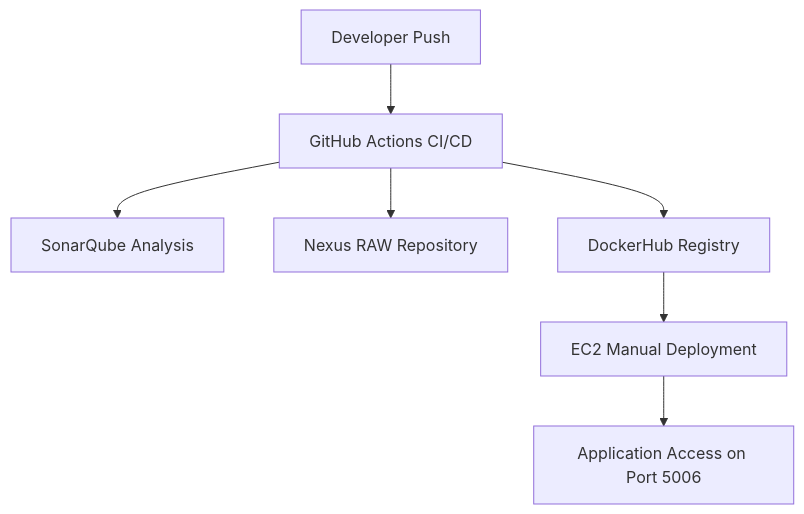
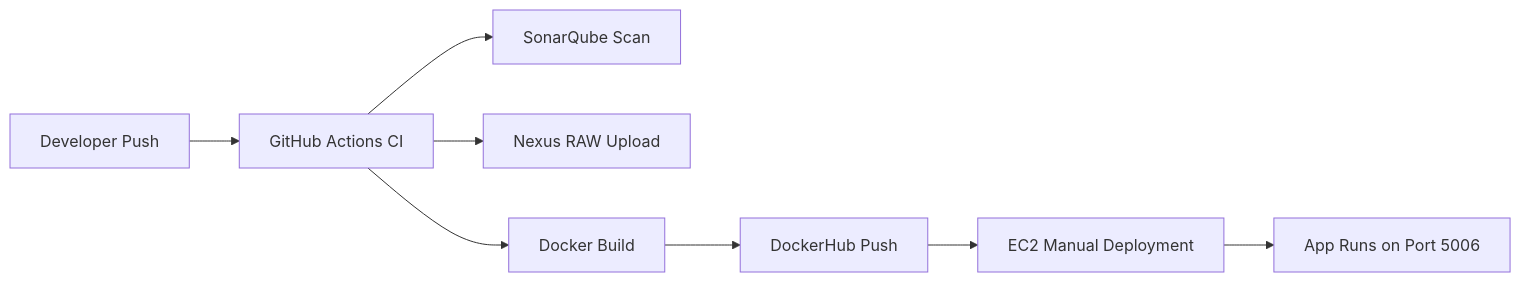
Before and after one commit to KishanGollamudi/Docker-task-03: the first of 2 diagrams in README.md, drawn with Mermaid. The commit also changed other lines of this file, not shown here.

````diff
--- a/README.md
+++ b/README.md
@@ -7,9 +26,10 @@
 ```mermaid
-graph TD
-    Developer[Developer Push] --> GitHub[GitHub Actions CI/CD]
-    GitHub --> SonarQube[SonarQube Analysis]
-    GitHub --> Nexus[Nexus RAW Repository]
-    GitHub --> DockerHub[DockerHub Registry]
-    DockerHub --> EC2[EC2 Manual Deployment]
-    EC2 --> User[Application Access on Port 5006]
+graph LR
+    A[Developer Push] --> B[GitHub Actions CI]
+    B --> C[SonarQube Scan]
+    B --> D[Nexus RAW Upload]
+    B --> E[Docker Build]
+    E --> F[DockerHub Push]
+    F --> G[EC2 Manual Deployment]
+    G --> H[App Runs on Port 5006]
 ```
````
